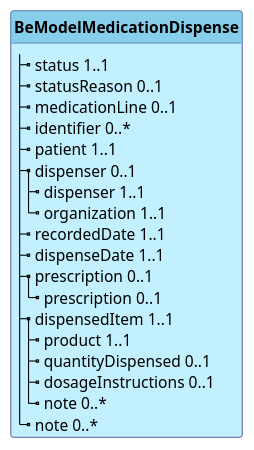
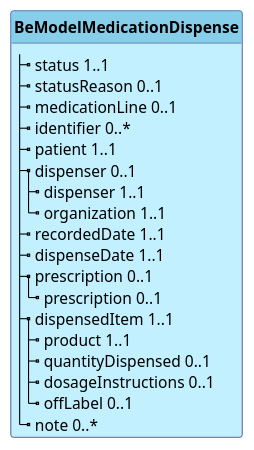
The diagram in input/images-source/BeModelMedicationDispense.plantuml (hl7-be/medication), drawn with PlantUML before and after one commit. The commit also changed other lines of this file and 2 other files, not shown here.

Commit message:
update diagrams

```diff
--- a/input/images-source/BeModelMedicationDispense.plantuml
+++ b/input/images-source/BeModelMedicationDispense.plantuml
@@ -1,32 +1,32 @@
 @startuml
 skinparam linetype polyline
 hide circle
 hide stereotype
 
 skinparam class {
  BorderColor #505090
  BackgroundColor APPLICATION
  HeaderBackgroundColor SkyBlue
 }
 
 class "**BeModelMedicationDispense**" as BeModelMedicationDispense {
   |_ status 1..1   
   |_ statusReason 0..1   
   |_ medicationLine 0..1   
   |_ identifier 0..*   
   |_ patient 1..1   
   |_ dispenser 0..1   
     |_ dispenser 1..1   
     |_ organization 1..1   
   |_ recordedDate 1..1   
   |_ dispenseDate 1..1   
   |_ prescription 0..1   
     |_ prescription 0..1   
   |_ dispensedItem 1..1   
     |_ product 1..1   
     |_ quantityDispensed 0..1   
     |_ dosageInstructions 0..1   
-    |_ note 0..*   
+    |_ offLabel 0..1   
   |_ note 0..*   
 }
 @enduml
```
